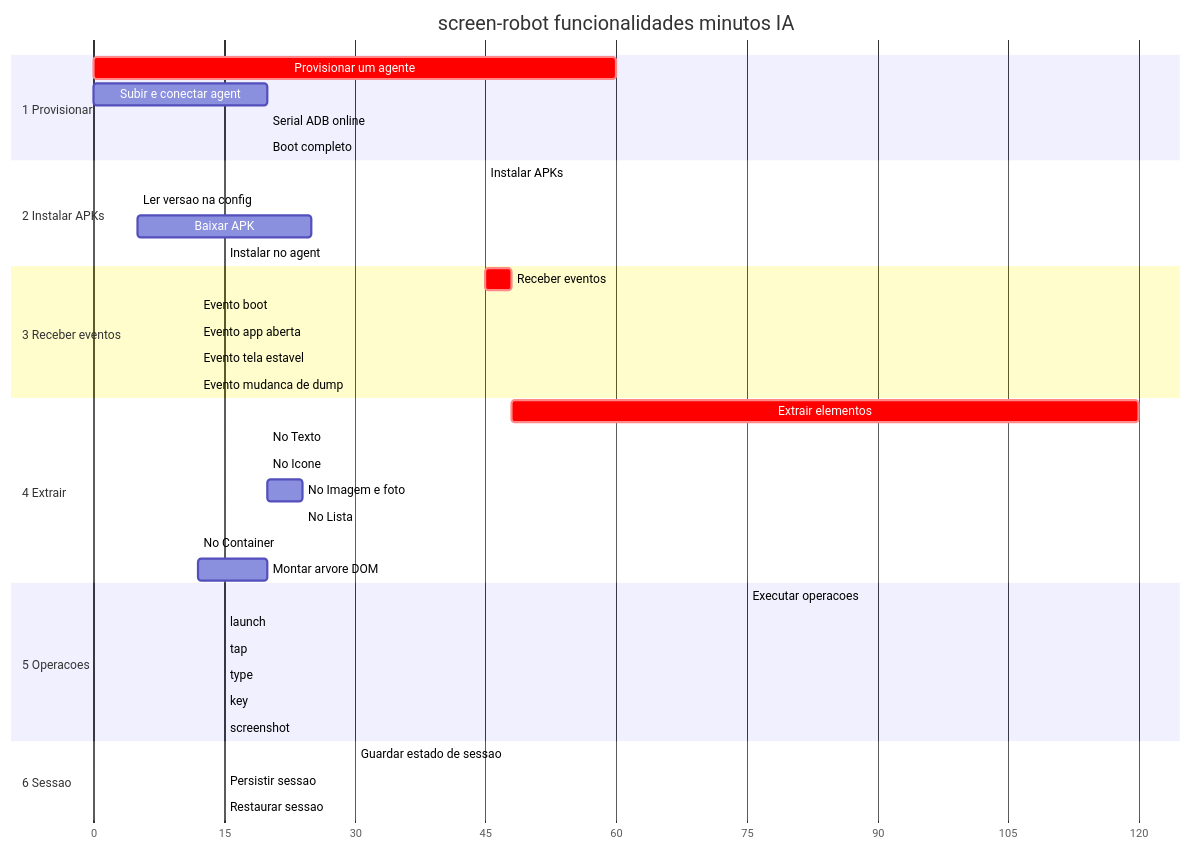
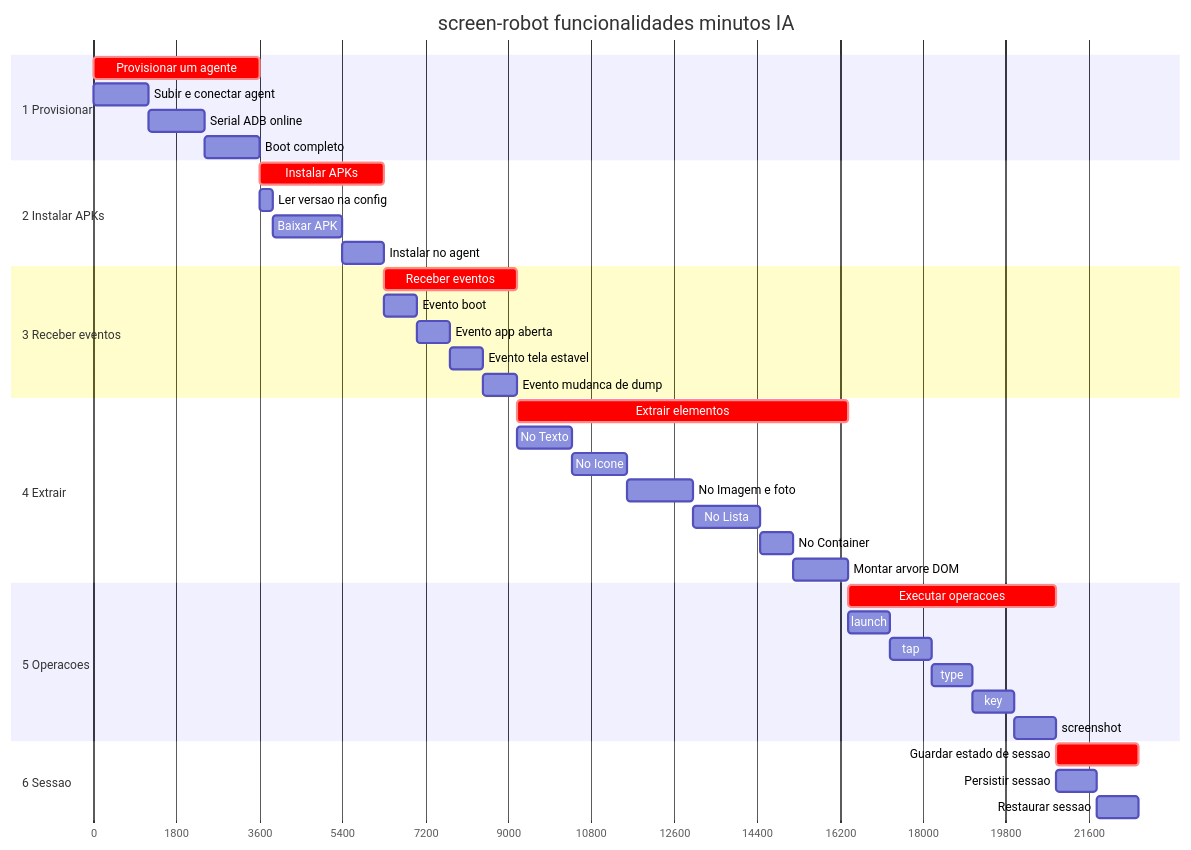
One commit to laerciogermano/workstation changed the second of 2 diagrams in connectmax/screen-robot/docs/tasks.md. Above: the diagram before and after it, drawn with Mermaid.

Commit message:
Restaura sufixo m nas durações do Gantt em tasks.md.
Com dateFormat X, números sem unidade viram milissegundos.

````diff
--- a/connectmax/screen-robot/docs/tasks.md
+++ b/connectmax/screen-robot/docs/tasks.md
@@ -91,47 +91,47 @@
 ```mermaid
 gantt
   title screen-robot funcionalidades minutos IA
   dateFormat X
   axisFormat %s
 
   section 1 Provisionar
-  Provisionar um agente     :crit, p0, 0, 60
-  Subir e conectar agent    :p1, 0, 20
-  Serial ADB online         :p2, after p1, 20
-  Boot completo             :p3, after p2, 20
+  Provisionar um agente     :crit, p0, 0, 60m
+  Subir e conectar agent    :p1, 0, 20m
+  Serial ADB online         :p2, after p1, 20m
+  Boot completo             :p3, after p2, 20m
 
   section 2 Instalar APKs
-  Instalar APKs             :crit, i0, after p0, 45
-  Ler versao na config      :i1, after p0, 5
-  Baixar APK                :i2, after i1, 25
-  Instalar no agent         :i3, after i2, 15
+  Instalar APKs             :crit, i0, after p0, 45m
+  Ler versao na config      :i1, after p0, 5m
+  Baixar APK                :i2, after i1, 25m
+  Instalar no agent         :i3, after i2, 15m
 
   section 3 Receber eventos
-  Receber eventos           :crit, e0, after i0, 48
-  Evento boot               :e1, after i0, 12
-  Evento app aberta         :e2, after e1, 12
-  Evento tela estavel       :e3, after e2, 12
-  Evento mudanca de dump    :e4, after e3, 12
+  Receber eventos           :crit, e0, after i0, 48m
+  Evento boot               :e1, after i0, 12m
+  Evento app aberta         :e2, after e1, 12m
+  Evento tela estavel       :e3, after e2, 12m
+  Evento mudanca de dump    :e4, after e3, 12m
 
   section 4 Extrair
-  Extrair elementos         :crit, x0, after e0, 120
-  No Texto                  :x1, after e0, 20
-  No Icone                  :x2, after x1, 20
-  No Imagem e foto          :x3, after x2, 24
-  No Lista                  :x4, after x3, 24
-  No Container              :x5, after x4, 12
-  Montar arvore DOM         :x6, after x5, 20
+  Extrair elementos         :crit, x0, after e0, 120m
+  No Texto                  :x1, after e0, 20m
+  No Icone                  :x2, after x1, 20m
+  No Imagem e foto          :x3, after x2, 24m
+  No Lista                  :x4, after x3, 24m
+  No Container              :x5, after x4, 12m
+  Montar arvore DOM         :x6, after x5, 20m
 
   section 5 Operacoes
-  Executar operacoes        :crit, o0, after x0, 75
-  launch                    :o1, after x0, 15
-  tap                       :o2, after o1, 15
-  type                      :o3, after o2, 15
-  key                       :o4, after o3, 15
-  screenshot                :o5, after o4, 15
+  Executar operacoes        :crit, o0, after x0, 75m
+  launch                    :o1, after x0, 15m
+  tap                       :o2, after o1, 15m
+  type                      :o3, after o2, 15m
+  key                       :o4, after o3, 15m
+  screenshot                :o5, after o4, 15m
 
   section 6 Sessao
-  Guardar estado de sessao  :crit, s0, after o0, 30
-  Persistir sessao          :s1, after o0, 15
-  Restaurar sessao          :s2, after s1, 15
+  Guardar estado de sessao  :crit, s0, after o0, 30m
+  Persistir sessao          :s1, after o0, 15m
+  Restaurar sessao          :s2, after s1, 15m
 ```
````
